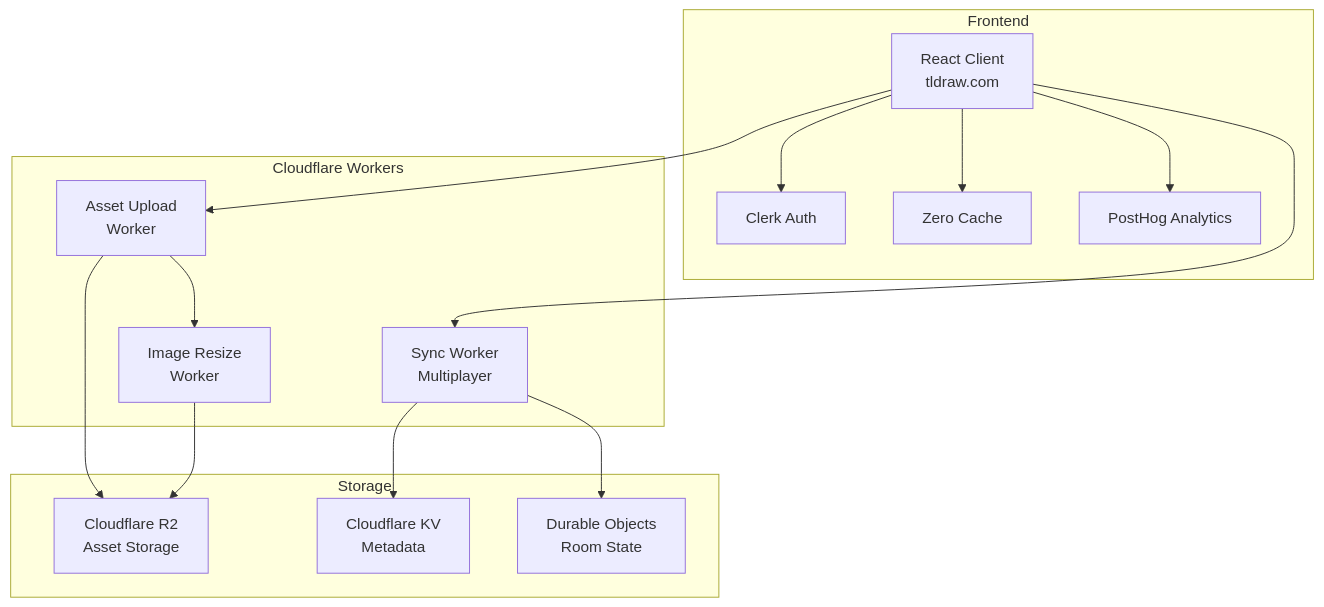
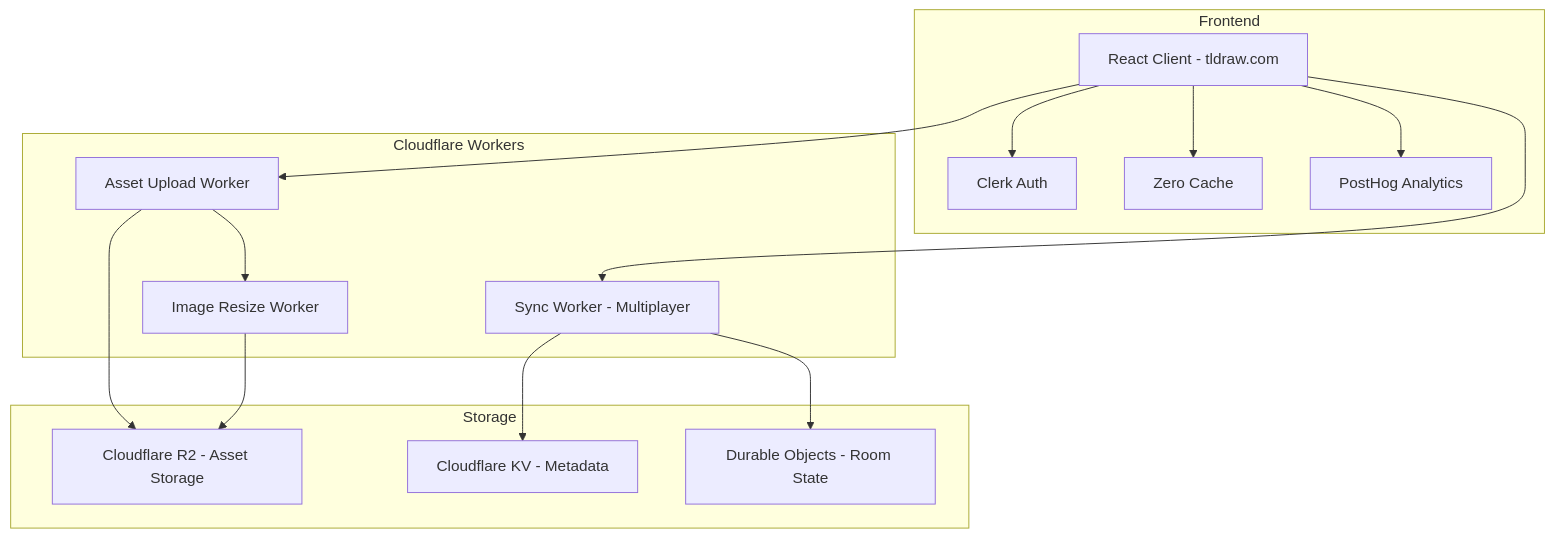
The fourth of 11 diagrams in architecture.md (rysuds/tldraw), drawn with Mermaid before and after one commit. The commit also changed other lines of this file, not shown here.

Commit message:
Refactor: Update architecture diagrams to use hyphens

````diff
--- a/architecture.md
+++ b/architecture.md
@@ -210,35 +210,35 @@
 ```mermaid
 graph TB
     subgraph "Frontend"
-        CLIENT[React Client<br/>tldraw.com]
+        CLIENT[React Client - tldraw.com]
         CLERK[Clerk Auth]
         ZERO[Zero Cache]
         POSTHOG[PostHog Analytics]
     end
     
     subgraph "Cloudflare Workers"
-        SYNC_WORKER[Sync Worker<br/>Multiplayer]
-        ASSET_WORKER[Asset Upload<br/>Worker]
-        IMAGE_WORKER[Image Resize<br/>Worker]
+        SYNC_WORKER[Sync Worker - Multiplayer]
+        ASSET_WORKER[Asset Upload Worker]
+        IMAGE_WORKER[Image Resize Worker]
     end
     
     subgraph "Storage"
-        R2[Cloudflare R2<br/>Asset Storage]
-        KV[Cloudflare KV<br/>Metadata]
-        DO[Durable Objects<br/>Room State]
+        R2[Cloudflare R2 - Asset Storage]
+        KV[Cloudflare KV - Metadata]
+        DO[Durable Objects - Room State]
     end
     
     CLIENT --> CLERK
     CLIENT --> ZERO
     CLIENT --> POSTHOG
     CLIENT --> SYNC_WORKER
     CLIENT --> ASSET_WORKER
     
     SYNC_WORKER --> DO
     SYNC_WORKER --> KV
     
     ASSET_WORKER --> R2
     ASSET_WORKER --> IMAGE_WORKER
     
     IMAGE_WORKER --> R2
 ```
````
